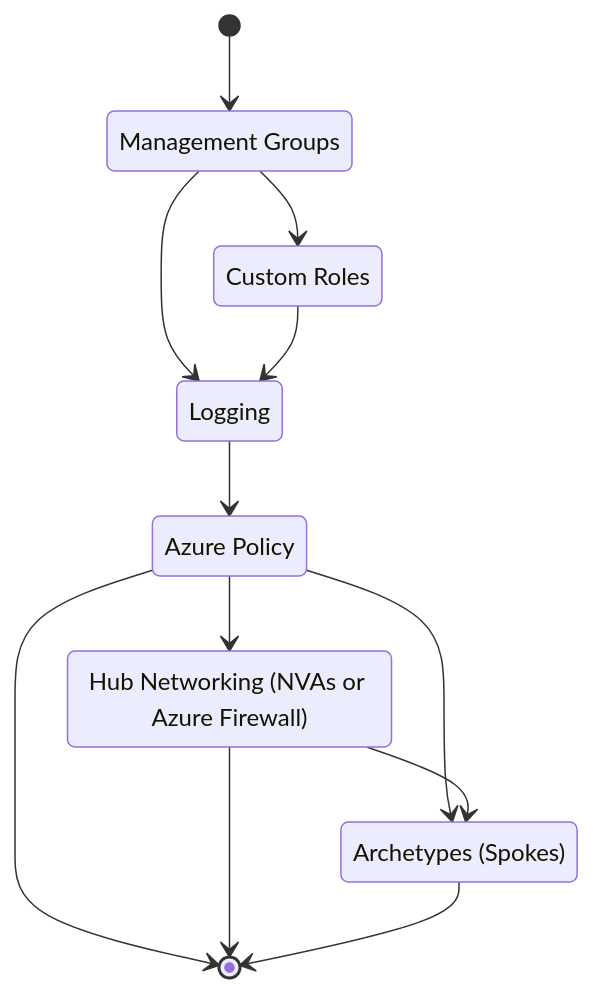
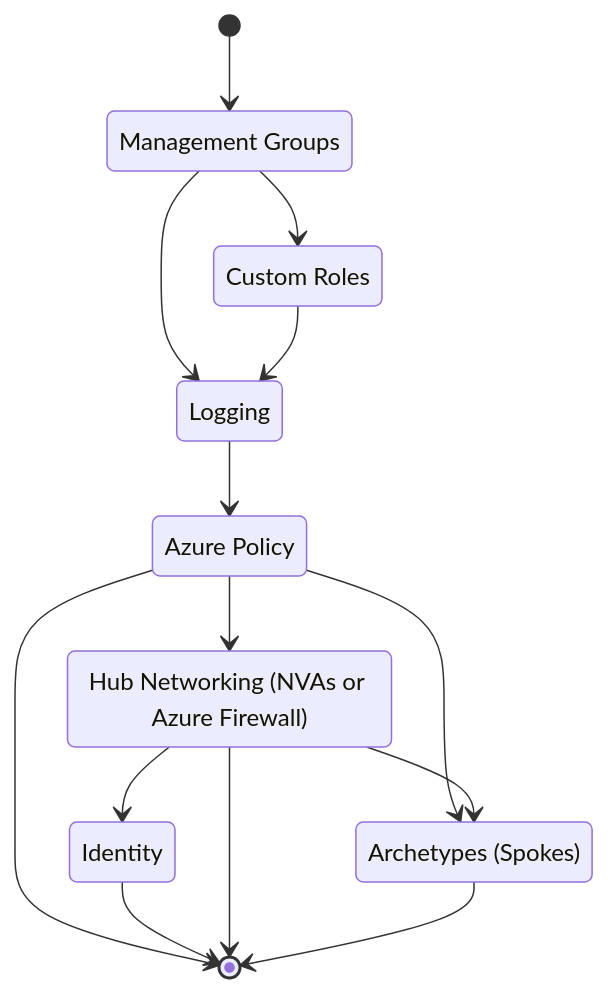
Before and after one commit to Azure/CanadaPubSecALZ: the first of 2 diagrams in docs/onboarding/azure-devops-pipelines.md, drawn with Mermaid. The commit also changed other lines of this file and 21 other files, not shown here.

````diff
--- a/docs/onboarding/azure-devops-pipelines.md
+++ b/docs/onboarding/azure-devops-pipelines.md
@@ -58,25 +58,29 @@
 ```mermaid
   stateDiagram-v2
 
     ManagementGroups: Management Groups
     CustomRoles: Custom Roles
     Logging: Logging
     Policy: Azure Policy
     HubNetworking: Hub Networking (NVAs or Azure Firewall)
+    Identity: Identity
     Archetypes: Archetypes (Spokes)
 
     [*] --> ManagementGroups
     ManagementGroups --> CustomRoles
     ManagementGroups-->Logging
     CustomRoles --> Logging
     Logging --> Policy
 
     Policy --> HubNetworking
     Policy --> Archetypes
+    HubNetworking --> Identity
+
 
     HubNetworking --> Archetypes
 
     Policy --> [*]
+    Identity --> [*]
     HubNetworking --> [*]
     Archetypes --> [*]
 ```
````
